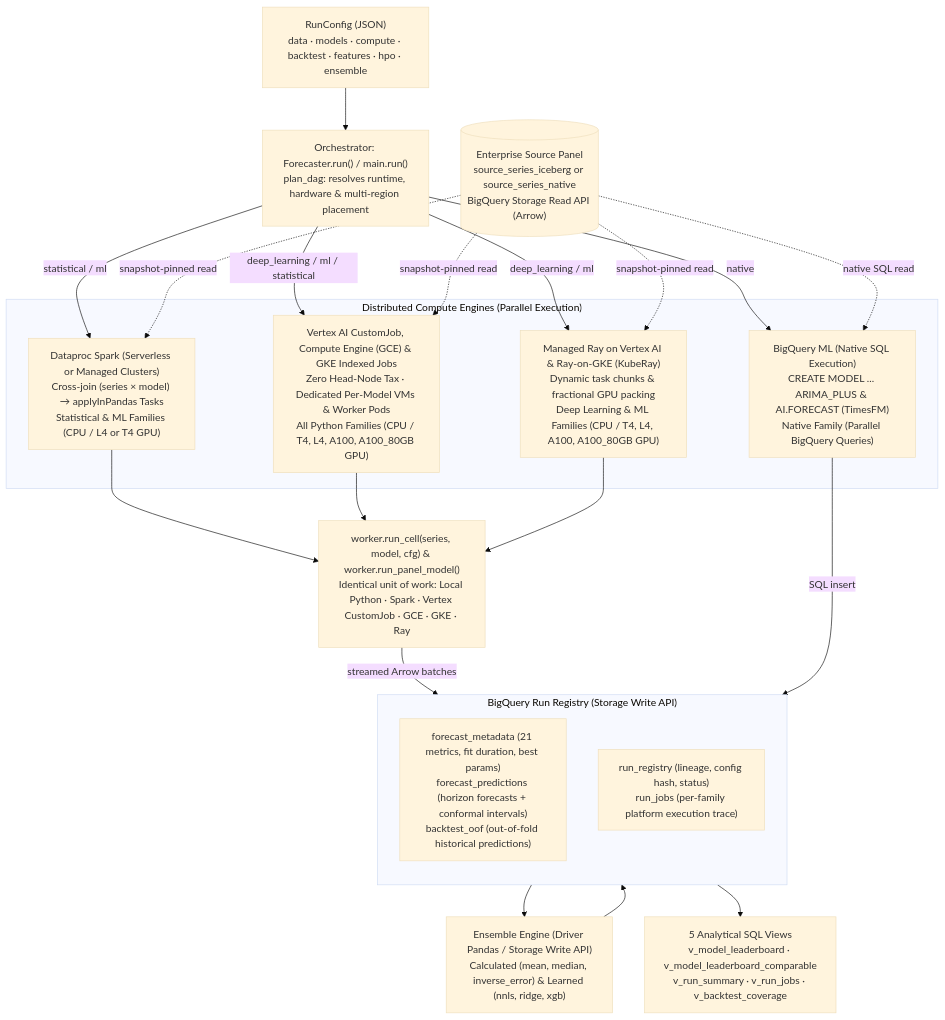
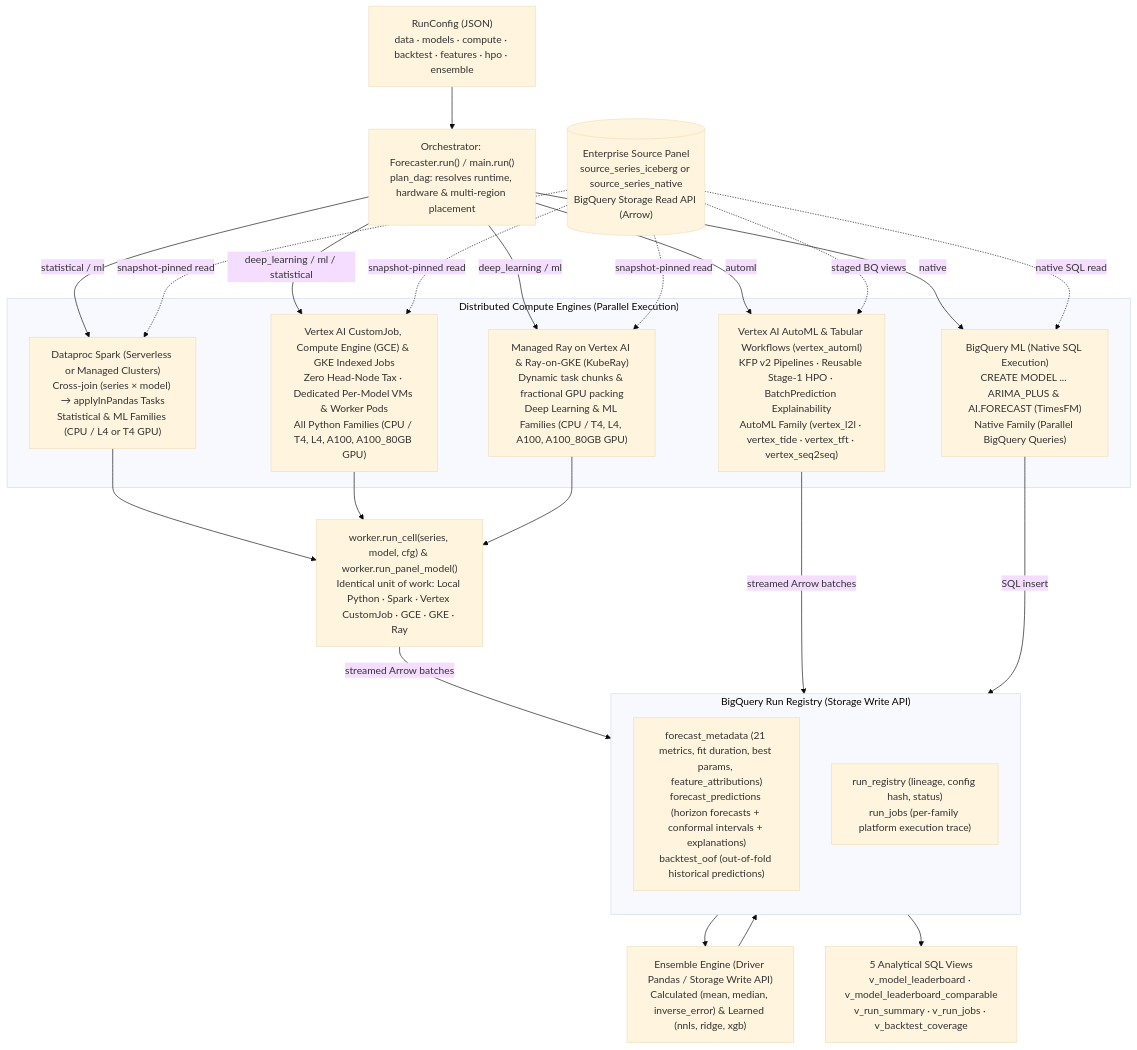
Before and after one commit to statmike/scale-forecasting: the second of 6 diagrams in README.md, drawn with Mermaid (base theme). The commit also changed other lines of this file and 102 other files, not shown here.

Commit message:
feat(automl,explainability): add Vertex AI AutoML & Tabular Workflows (vertex_l2l, vertex_tide, vertex_tft, vertex_seq2seq), Two-Tier Feature Attributions, and repo-wide docs

````diff
--- a/README.md
+++ b/README.md
@@ -275,45 +276,49 @@
 ```mermaid
 flowchart TB
     cfg["RunConfig (JSON)<br/>data · models · compute · backtest · features · hpo · ensemble"]
     orch["Orchestrator: Forecaster.run() / main.run()<br/>plan_dag: resolves runtime, hardware & multi-region placement"]
     cfg --> orch
 
     subgraph compute["Distributed Compute Engines (Parallel Execution)"]
         spark["Dataproc Spark (Serverless or Managed Clusters)<br/>Cross-join (series × model) → applyInPandas Tasks<br/>Statistical & ML Families (CPU / L4 or T4 GPU)"]
         vertex["Vertex AI CustomJob, Compute Engine (GCE) & GKE Indexed Jobs<br/>Zero Head-Node Tax · Dedicated Per-Model VMs & Worker Pods<br/>All Python Families (CPU / T4, L4, A100, A100_80GB GPU)"]
         ray["Managed Ray on Vertex AI & Ray-on-GKE (KubeRay)<br/>Dynamic task chunks & fractional GPU packing<br/>Deep Learning & ML Families (CPU / T4, L4, A100, A100_80GB GPU)"]
+        automl["Vertex AI AutoML & Tabular Workflows (vertex_automl)<br/>KFP v2 Pipelines · Reusable Stage-1 HPO · BatchPrediction Explainability<br/>AutoML Family (vertex_l2l · vertex_tide · vertex_tft · vertex_seq2seq)"]
         bq["BigQuery ML (Native SQL Execution)<br/>CREATE MODEL ... ARIMA_PLUS & AI.FORECAST (TimesFM)<br/>Native Family (Parallel BigQuery Queries)"]
     end
 
     orch -->|"statistical / ml"| spark
     orch -->|"deep_learning / ml / statistical"| vertex
     orch -->|"deep_learning / ml"| ray
+    orch -->|"automl"| automl
     orch -->|"native"| bq
 
     unit["worker.run_cell(series, model, cfg) & worker.run_panel_model()<br/>Identical unit of work: Local Python · Spark · Vertex CustomJob · GCE · GKE · Ray"]
     spark --> unit
     vertex --> unit
     ray --> unit
 
     source[("Enterprise Source Panel<br/>source_series_iceberg or source_series_native<br/>BigQuery Storage Read API (Arrow)")]
     source -.->|snapshot-pinned read| spark
     source -.->|snapshot-pinned read| vertex
     source -.->|snapshot-pinned read| ray
+    source -.->|staged BQ views| automl
     source -.->|native SQL read| bq
 
     subgraph registry["BigQuery Run Registry (Storage Write API)"]
         direction TB
-        r_meta["forecast_metadata (21 metrics, fit duration, best params)<br/>forecast_predictions (horizon forecasts + conformal intervals)<br/>backtest_oof (out-of-fold historical predictions)"]
+        r_meta["forecast_metadata (21 metrics, fit duration, best params, feature_attributions)<br/>forecast_predictions (horizon forecasts + conformal intervals + explanations)<br/>backtest_oof (out-of-fold historical predictions)"]
         r_trace["run_registry (lineage, config hash, status)<br/>run_jobs (per-family platform execution trace)"]
     end
 
     unit -->|streamed Arrow batches| registry
+    automl -->|streamed Arrow batches| registry
     bq -->|SQL insert| registry
 
     ens["Ensemble Engine (Driver Pandas / Storage Write API)<br/>Calculated (mean, median, inverse_error) & Learned (nnls, ridge, xgb)"]
     registry --> ens
     ens --> registry
 
     views["5 Analytical SQL Views<br/>v_model_leaderboard · v_model_leaderboard_comparable<br/>v_run_summary · v_run_jobs · v_backtest_coverage"]
     registry --> views
 ```
````
